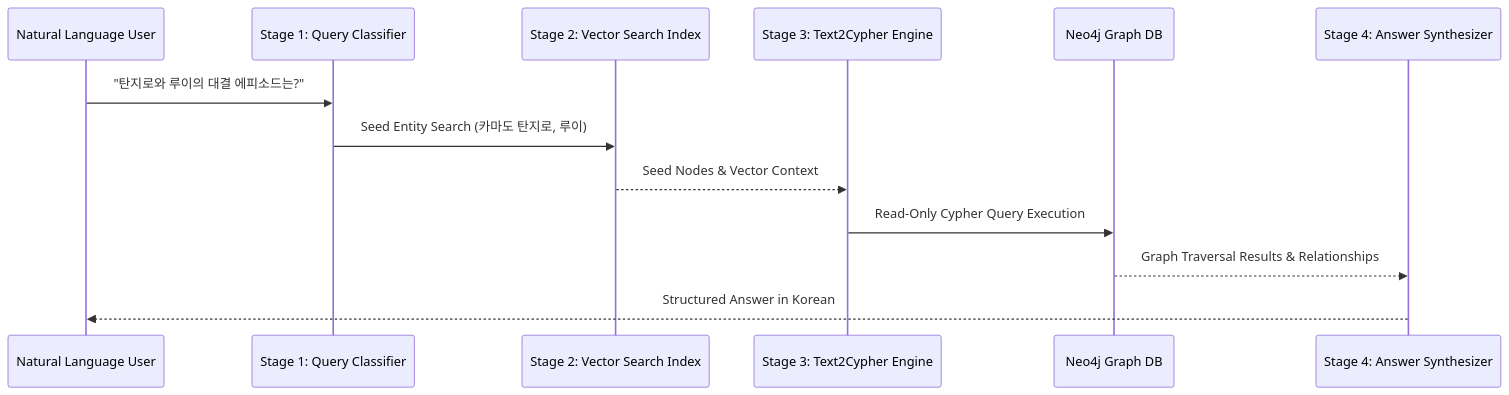
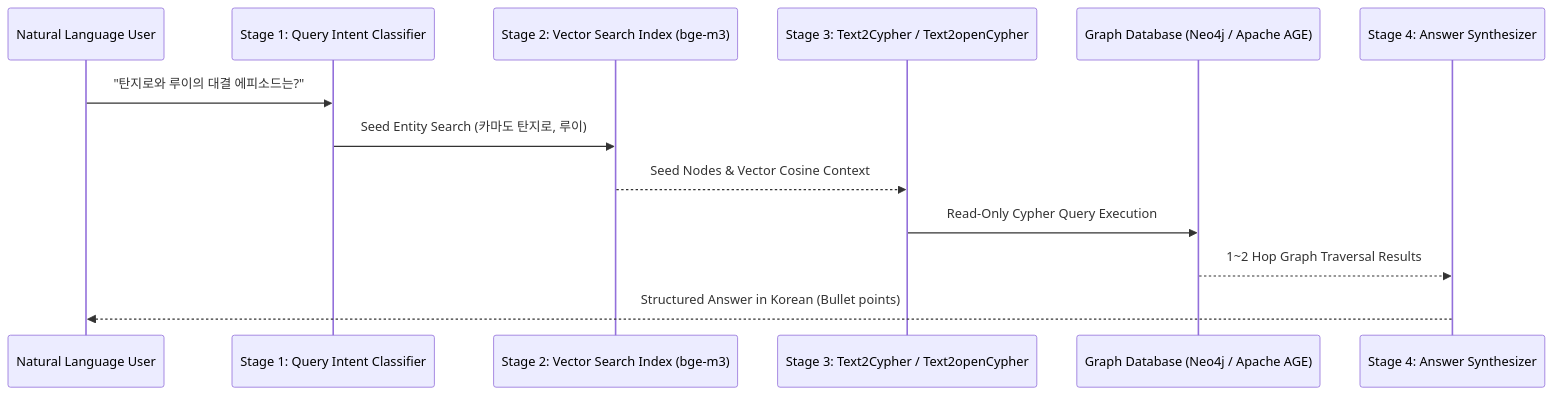
Before and after one commit to yojulab/learn_graphrags_agent: the diagram in docs/agent/system_prompt.md, drawn with Mermaid. The commit also changed other lines of this file and 28 other files, not shown here.

First line of the commit message:
rule: docs/PRD.md에 맞춰 GraphRAG 에이전트 하네스 및 프롬프트 체계 전면 개편

````diff
--- a/docs/agent/system_prompt.md
+++ b/docs/agent/system_prompt.md
@@ -23,16 +27,16 @@
 ```mermaid
 sequenceDiagram
     participant User as Natural Language User
-    participant Router as Stage 1: Query Classifier
-    participant Vector as Stage 2: Vector Search Index
-    participant CypherGen as Stage 3: Text2Cypher Engine
-    participant Neo4j as Neo4j Graph DB
+    participant Router as Stage 1: Query Intent Classifier
+    participant Vector as Stage 2: Vector Search Index (bge-m3)
+    participant CypherGen as Stage 3: Text2Cypher / Text2openCypher
+    participant GraphDB as Graph Database (Neo4j / Apache AGE)
     participant LLMSynth as Stage 4: Answer Synthesizer
 
     User->>Router: "탄지로와 루이의 대결 에피소드는?"
     Router->>Vector: Seed Entity Search (카마도 탄지로, 루이)
-    Vector-->>CypherGen: Seed Nodes & Vector Context
-    CypherGen->>Neo4j: Read-Only Cypher Query Execution
-    Neo4j-->>LLMSynth: Graph Traversal Results & Relationships
-    LLMSynth-->>User: Structured Answer in Korean
+    Vector-->>CypherGen: Seed Nodes & Vector Cosine Context
+    CypherGen->>GraphDB: Read-Only Cypher Query Execution
+    GraphDB-->>LLMSynth: 1~2 Hop Graph Traversal Results
+    LLMSynth-->>User: Structured Answer in Korean (Bullet points)
 ```
````
